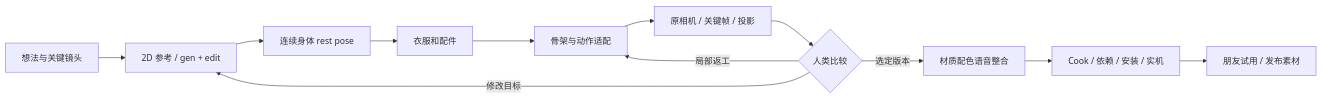
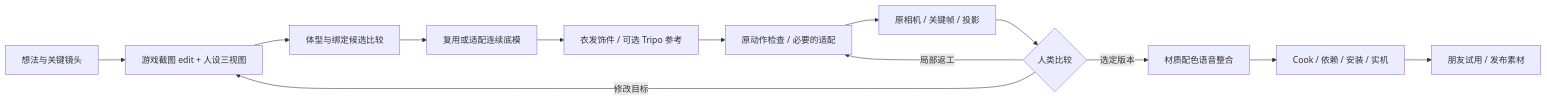
One commit to CHDTevior/arc_mod_harness changed the diagram in README.md. Above: the diagram before and after it, drawn with Mermaid. The commit also changed other lines of this file and 24 other files, not shown here.

````diff
--- a/README.md
+++ b/README.md
@@ -38,14 +43,15 @@
 ```mermaid
 flowchart LR
-  A[想法与关键镜头] --> B[2D 参考 / gen + edit]
-  B --> C[连续身体 rest pose]
-  C --> D[衣服和配件]
-  D --> E[骨架与动作适配]
+  A[想法与关键镜头] --> B[游戏截图 edit + 人设三视图]
+  B --> C[体型与绑定候选比较]
+  C --> K[复用或适配连续底模]
+  K --> D[衣发饰件 / 可选 Tripo 参考]
+  D --> E[原动作检查 / 必要的适配]
   E --> F[原相机 / 关键帧 / 投影]
   F --> G{人类比较}
   G -->|修改目标| B
   G -->|局部返工| E
   G -->|选定版本| H[材质配色语音整合]
   H --> I[Cook / 依赖 / 安装 / 实机]
   I --> J[朋友试用 / 发布素材]
 ```
````
